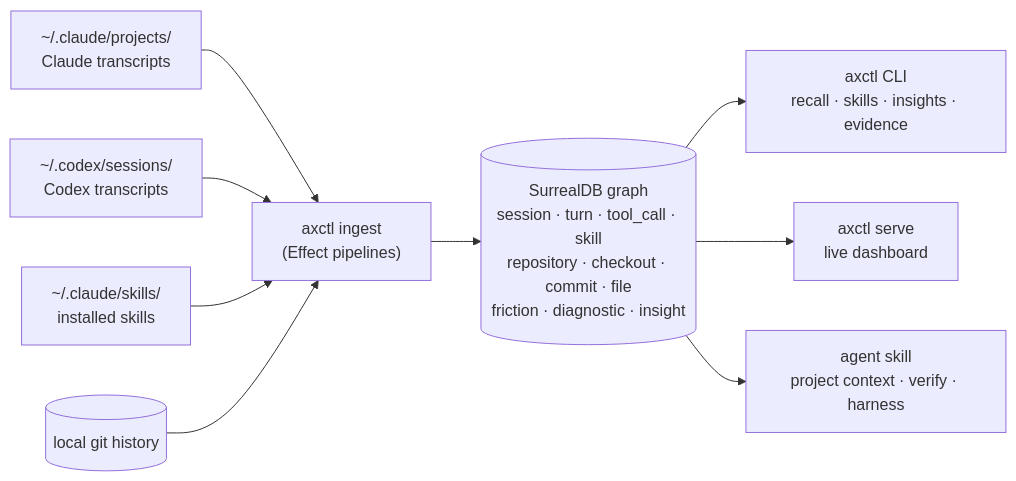
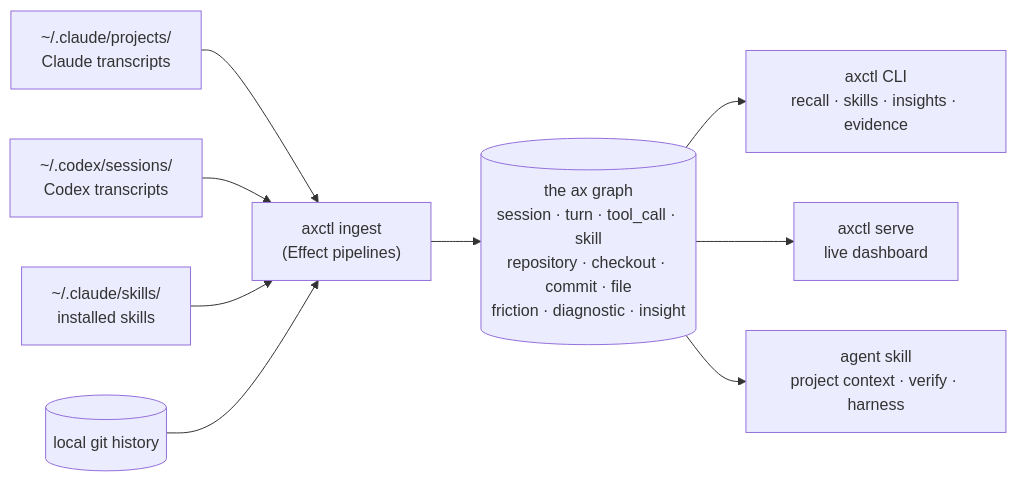
Before and after one commit to Necmttn/ax: the diagram in README.md, drawn with Mermaid. The commit also changed other lines of this file and 8 other files, not shown here.

````diff
--- a/README.md
+++ b/README.md
@@ -37,19 +37,19 @@
 ```mermaid
 flowchart LR
   cc["~/.claude/projects/<br/>Claude transcripts"]
   cx["~/.codex/sessions/<br/>Codex transcripts"]
   sk["~/.claude/skills/<br/>installed skills"]
   g[("local git history")]
 
   cc --> ingest
   cx --> ingest
   sk --> ingest
   g  --> ingest
 
   ingest["axctl ingest<br/>(Effect pipelines)"] --> db
-  db[("SurrealDB graph<br/>session · turn · tool_call · skill<br/>repository · checkout · commit · file<br/>friction · diagnostic · insight")]
+  db[("the ax graph<br/>session · turn · tool_call · skill<br/>repository · checkout · commit · file<br/>friction · diagnostic · insight")]
 
   db --> cli["axctl CLI<br/>recall · skills · insights · evidence"]
   db --> dash["axctl serve<br/>live dashboard"]
   db --> agent["agent skill<br/>project context · verify · harness"]
 ```
````
